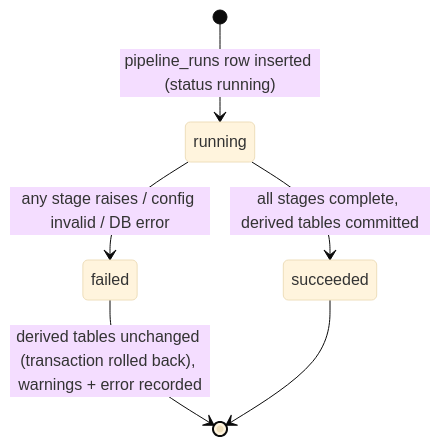
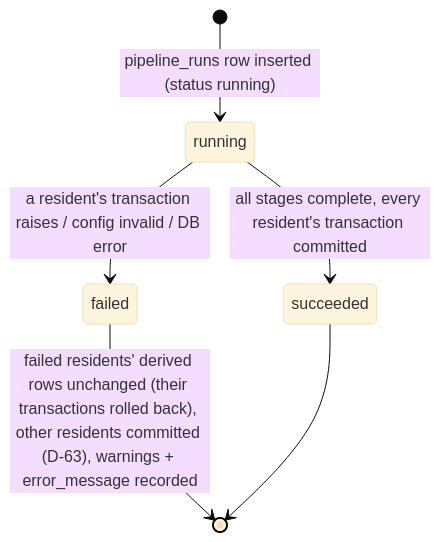
Before and after one commit to EchoWellApp/echowell: the second of 2 diagrams in specs/TRD/17_Logging_Monitoring_and_Error_Handling.md, drawn with Mermaid (base theme). The commit also changed other lines of this file and 23 other files, not shown here.

````diff
--- a/specs/TRD/17_Logging_Monitoring_and_Error_Handling.md
+++ b/specs/TRD/17_Logging_Monitoring_and_Error_Handling.md
@@ -202,8 +202,8 @@
 ```mermaid
 stateDiagram-v2
   [*] --> running: pipeline_runs row inserted (status running)
-  running --> succeeded: all stages complete, derived tables committed
-  running --> failed: any stage raises / config invalid / DB error
-  failed --> [*]: derived tables unchanged (transaction rolled back), warnings + error recorded
+  running --> succeeded: all stages complete, every resident's transaction committed
+  running --> failed: a resident's transaction raises / config invalid / DB error
+  failed --> [*]: failed residents' derived rows unchanged (their transactions rolled back), other residents committed (D-63), warnings + error_message recorded
   succeeded --> [*]
 ```
````
